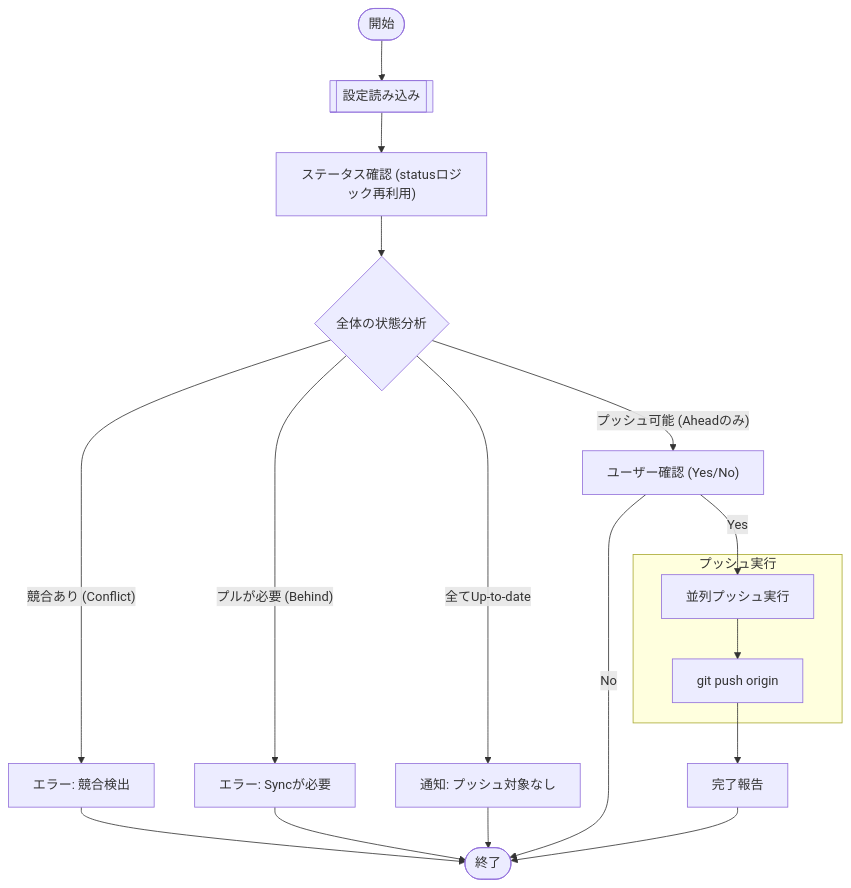
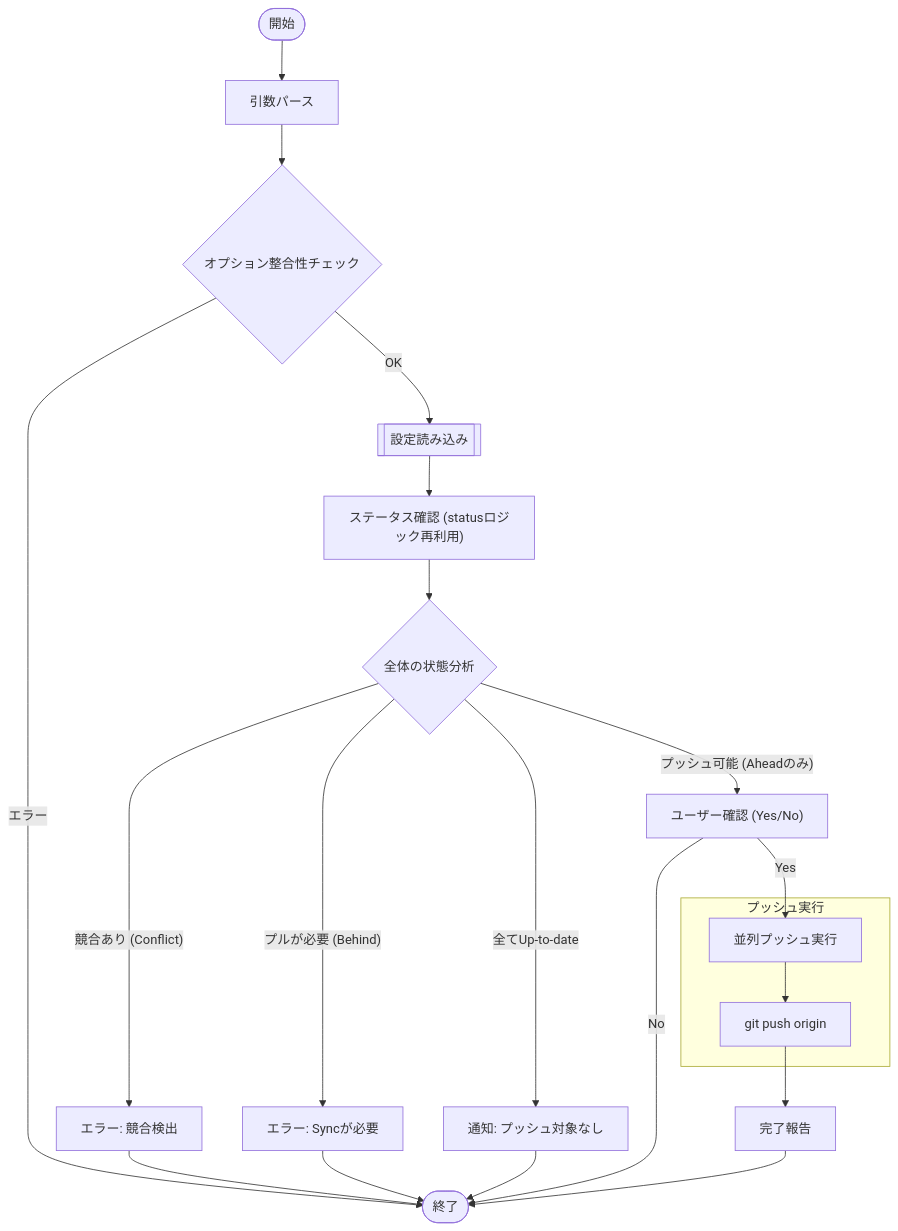
The diagram in docs/internal/app/push.md (keiji/mistletoe), drawn with Mermaid before and after one commit. The commit also changed 8 other files, not shown here.

First line of the commit message:
Update design document flowcharts with ValidateFlags step

````diff
--- a/docs/internal/app/push.md
+++ b/docs/internal/app/push.md
@@ -30,24 +30,27 @@
 ```mermaid
 flowchart TD
-    Start(["開始"]) --> LoadConfigSub[["設定読み込み"]]
+    Start(["開始"]) --> ParseArgs["引数パース"]
+    ParseArgs --> ValidateFlags{"オプション整合性チェック"}
+    ValidateFlags -- "エラー" --> Stop(["終了"])
+    ValidateFlags -- "OK" --> LoadConfigSub[["設定読み込み"]]
     LoadConfigSub --> StatusCheck["ステータス確認 (statusロジック再利用)"]
     StatusCheck --> AnalyzeState{"全体の状態分析"}
 
     AnalyzeState -- "競合あり (Conflict)" --> ErrorConflict["エラー: 競合検出"]
     AnalyzeState -- "プルが必要 (Behind)" --> ErrorBehind["エラー: Syncが必要"]
     AnalyzeState -- "全てUp-to-date" --> InfoNothing["通知: プッシュ対象なし"]
     AnalyzeState -- "プッシュ可能 (Aheadのみ)" --> Confirm["ユーザー確認 (Yes/No)"]
 
     Confirm -- "No" --> Stop(["終了"])
     Confirm -- "Yes" --> PushLoop["並列プッシュ実行"]
 
     subgraph "プッシュ実行"
         PushLoop --> GitPush["git push origin <branch>"]
     end
 
     GitPush --> Report["完了報告"]
     ErrorConflict --> Stop
     ErrorBehind --> Stop
     InfoNothing --> Stop
     Report --> Stop
 ```
````
